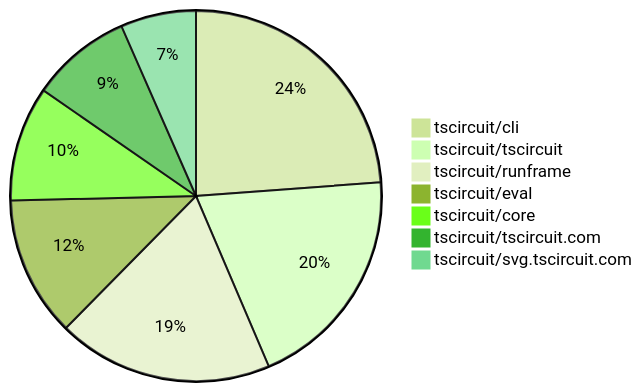
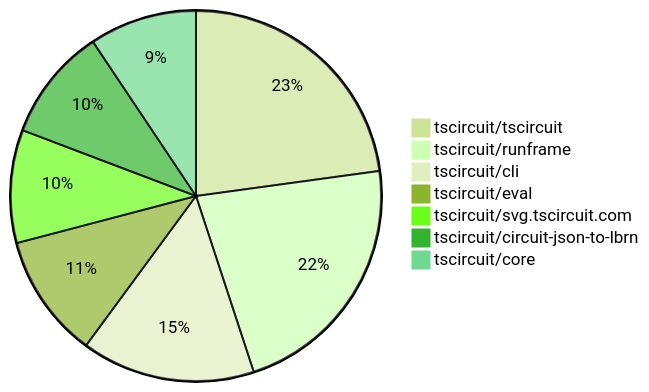
Before and after one commit to tscircuit/contribution-tracker: the second of 2 diagrams in README.md, drawn with Mermaid (forest theme). The commit also changed other lines of this file and 3 other files, not shown here.

````diff
--- a/README.md
+++ b/README.md
@@ -140,10 +143,10 @@
 ```mermaid
 pie
-    "tscircuit/cli" : 76
-    "tscircuit/tscircuit" : 63
-    "tscircuit/runframe" : 60
-    "tscircuit/eval" : 39
-    "tscircuit/core" : 32
-    "tscircuit/tscircuit.com" : 28
-    "tscircuit/svg.tscircuit.com" : 21
+    "tscircuit/tscircuit" : 95
+    "tscircuit/runframe" : 92
+    "tscircuit/cli" : 63
+    "tscircuit/eval" : 45
+    "tscircuit/svg.tscircuit.com" : 41
+    "tscircuit/circuit-json-to-lbrn" : 41
+    "tscircuit/core" : 39
 ```
````
